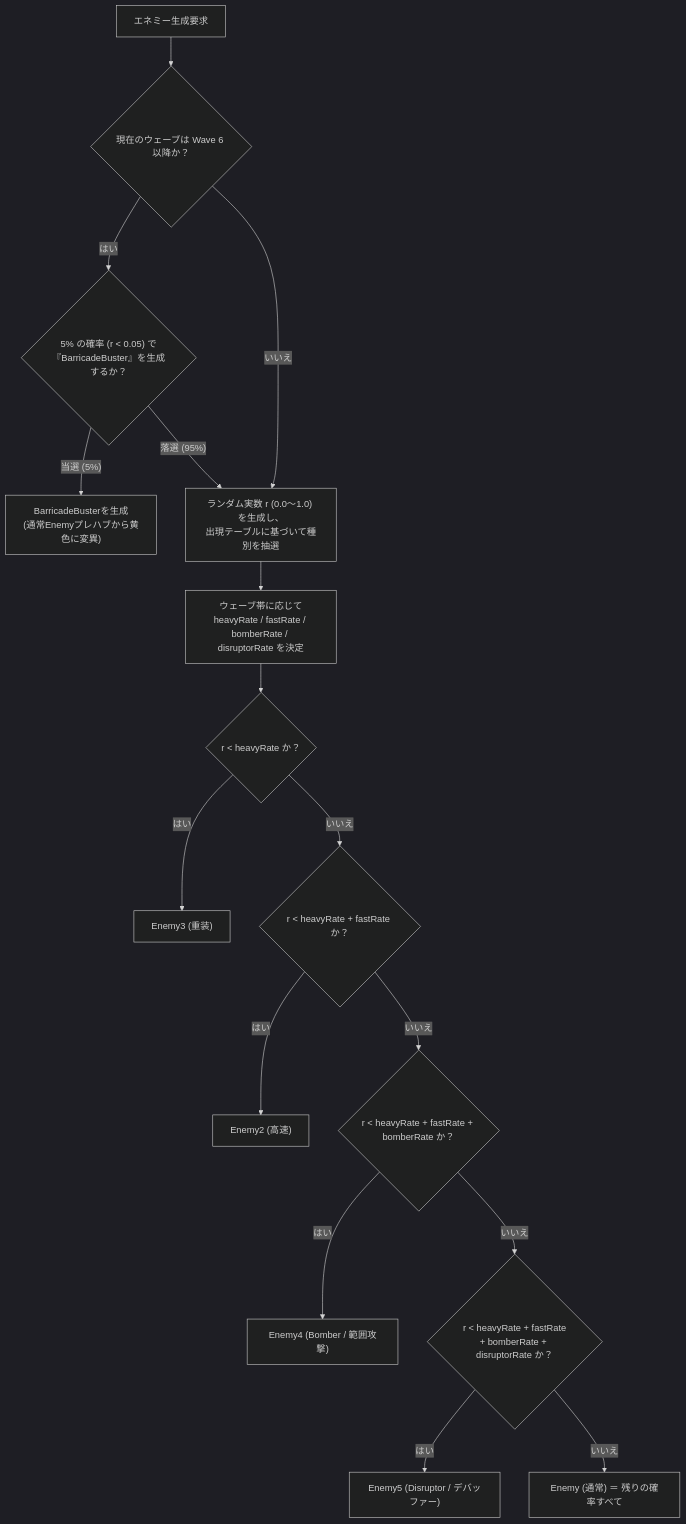
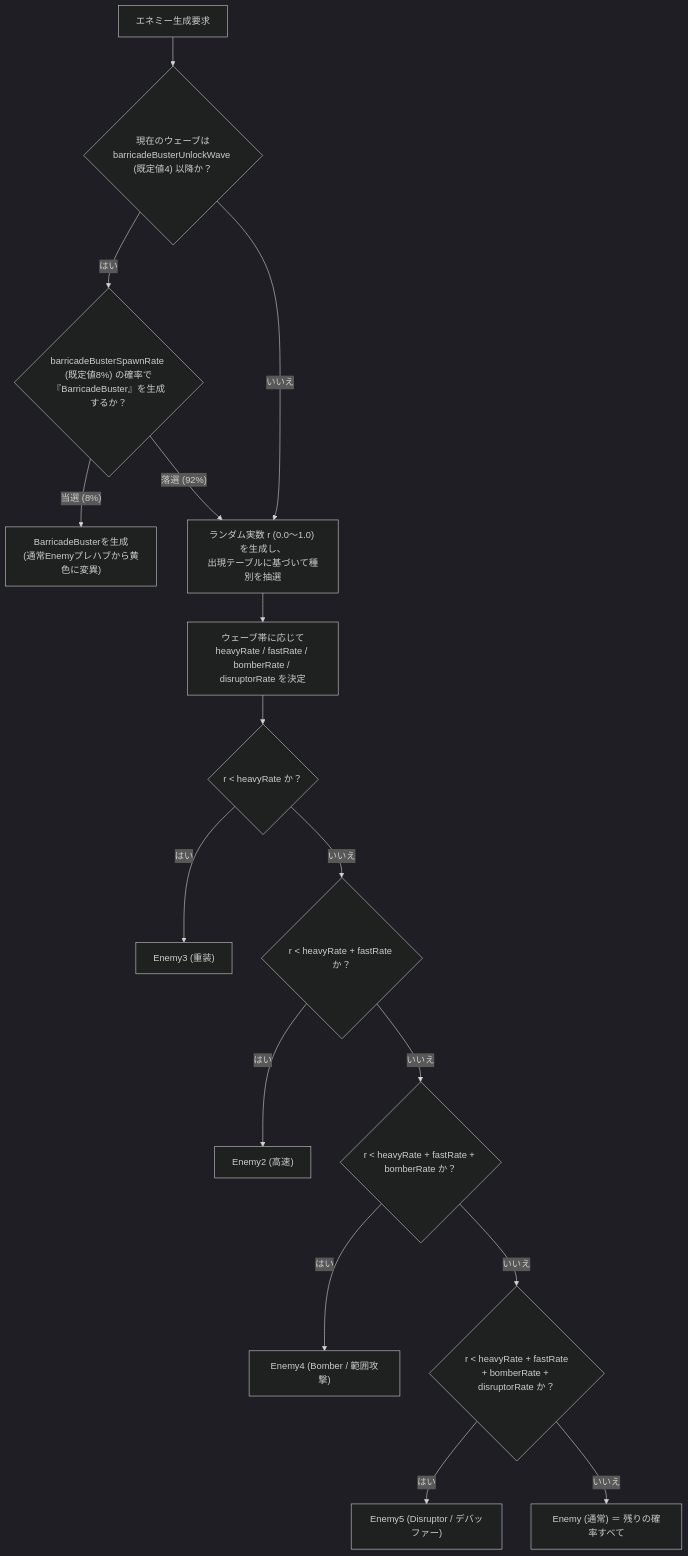
The eighth of 10 diagrams in ゲームバランス調整用仕様書.md (sunaiw/4th_PJ), drawn with Mermaid (dark theme) before and after one commit. The commit also changed other lines of this file and 1 other file, not shown here.

First line of the commit message:
BarricadeBusterの出現条件を緩和し、Offlineカスケードの発火頻度を改善する

````diff
--- a/ゲームバランス調整用仕様書.md
+++ b/ゲームバランス調整用仕様書.md
@@ -690,21 +709,21 @@
 ```mermaid
 flowchart TD
-    Gen["エネミー生成要求"] --> WCheck{"現在のウェーブは Wave 6 以降か？"}
+    Gen["エネミー生成要求"] --> WCheck{"現在のウェーブは<br/>barricadeBusterUnlockWave (既定値4) 以降か？"}
 
-    WCheck -- "はい" --> BusterRoll{"5% の確率 (r < 0.05) で<br/>『BarricadeBuster』を生成するか？"}
-    BusterRoll -- "当選 (5%)" --> CreateBuster["BarricadeBusterを生成<br/>(通常Enemyプレハブから黄色に変異)"]
-    BusterRoll -- "落選 (95%)" --> RollTable["ランダム実数 r (0.0〜1.0) を生成し、<br/>出現テーブルに基づいて種別を抽選"]
+    WCheck -- "はい" --> BusterRoll{"barricadeBusterSpawnRate (既定値8%) の確率で<br/>『BarricadeBuster』を生成するか？"}
+    BusterRoll -- "当選 (8%)" --> CreateBuster["BarricadeBusterを生成<br/>(通常Enemyプレハブから黄色に変異)"]
+    BusterRoll -- "落選 (92%)" --> RollTable["ランダム実数 r (0.0〜1.0) を生成し、<br/>出現テーブルに基づいて種別を抽選"]
 
     WCheck -- "いいえ" --> RollTable
 
     RollTable --> RateSelect["ウェーブ帯に応じて<br/>heavyRate / fastRate / bomberRate / disruptorRate を決定"]
     RateSelect --> C1{"r < heavyRate か？"}
     C1 -- "はい" --> SpawnHeavy["Enemy3 (重装)"]
     C1 -- "いいえ" --> C2{"r < heavyRate + fastRate か？"}
     C2 -- "はい" --> SpawnFast["Enemy2 (高速)"]
     C2 -- "いいえ" --> C3{"r < heavyRate + fastRate + bomberRate か？"}
     C3 -- "はい" --> SpawnBomber["Enemy4 (Bomber / 範囲攻撃)"]
     C3 -- "いいえ" --> C4{"r < heavyRate + fastRate<br/>+ bomberRate + disruptorRate か？"}
     C4 -- "はい" --> SpawnDisruptor["Enemy5 (Disruptor / デバッファー)"]
     C4 -- "いいえ" --> SpawnNormal["Enemy (通常) ＝ 残りの確率すべて"]
 ```
````
